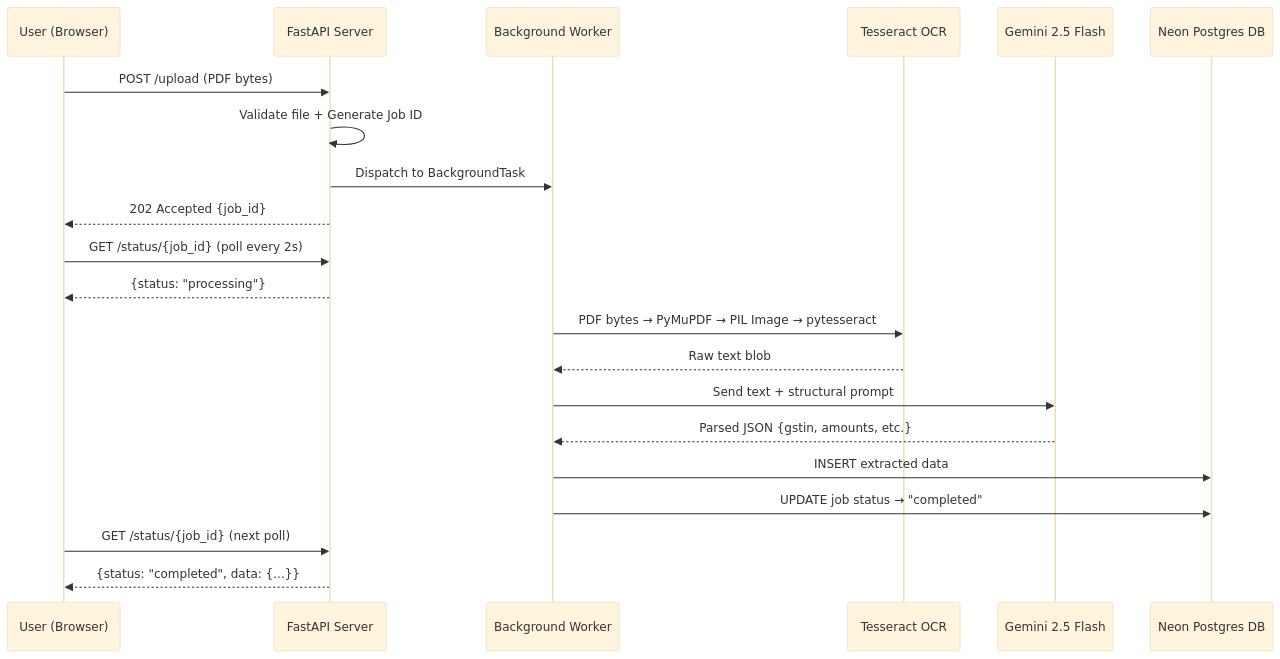
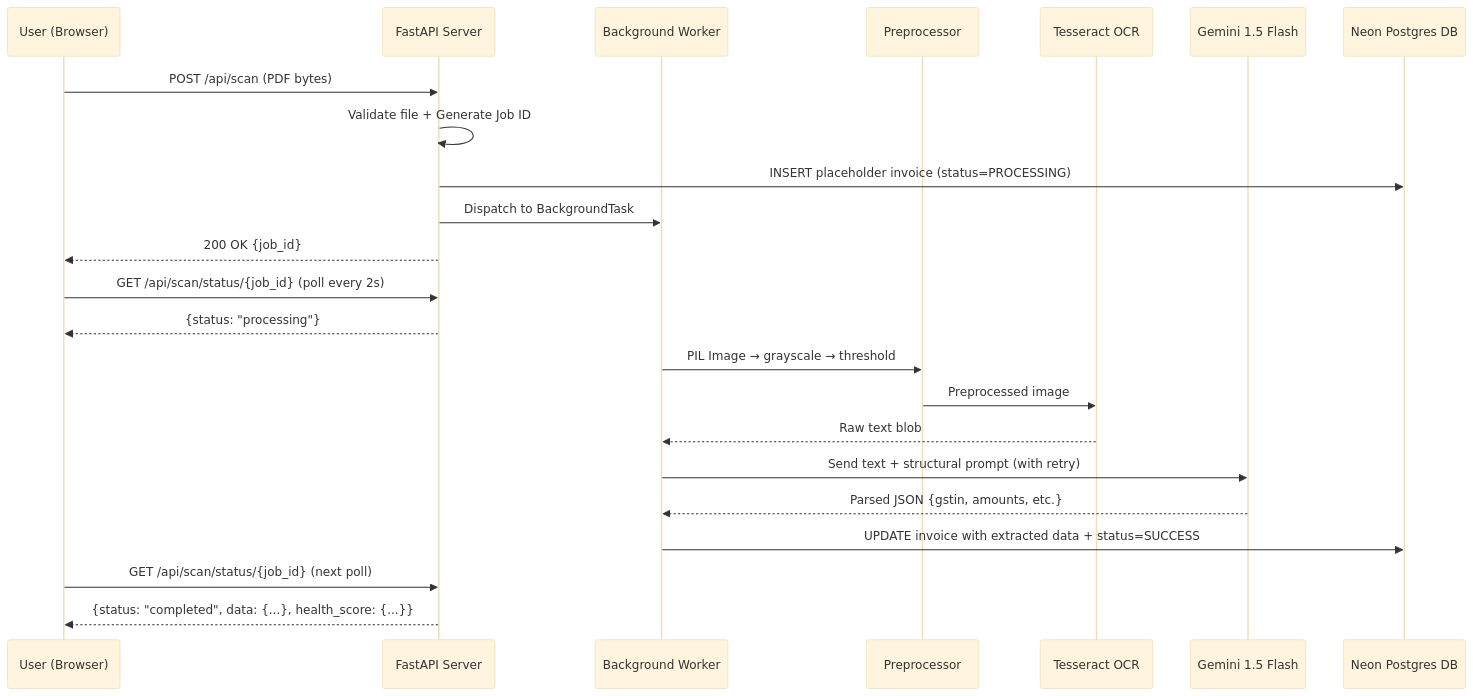
The third of 4 diagrams in ARCHITECTURE.md (VRCHAMPION/gst_invoice_scanner), drawn with Mermaid (base theme) before and after one commit. The commit also changed other lines of this file and 39 other files, not shown here.

````diff
--- a/ARCHITECTURE.md
+++ b/ARCHITECTURE.md
@@ -139,27 +148,29 @@
 ```mermaid
 sequenceDiagram
     participant U as User (Browser)
     participant A as FastAPI Server
     participant W as Background Worker
+    participant P as Preprocessor
     participant O as Tesseract OCR
-    participant L as Gemini 2.5 Flash
+    participant L as Gemini 1.5 Flash
     participant D as Neon Postgres DB
 
-    U->>A: POST /upload (PDF bytes)
+    U->>A: POST /api/scan (PDF bytes)
     A->>A: Validate file + Generate Job ID
+    A->>D: INSERT placeholder invoice (status=PROCESSING)
     A->>W: Dispatch to BackgroundTask
-    A-->>U: 202 Accepted {job_id}
+    A-->>U: 200 OK {job_id}
 
-    U->>A: GET /status/{job_id} (poll every 2s)
+    U->>A: GET /api/scan/status/{job_id} (poll every 2s)
     A-->>U: {status: "processing"}
 
-    W->>O: PDF bytes → PyMuPDF → PIL Image → pytesseract
+    W->>P: PIL Image → grayscale → threshold
+    P->>O: Preprocessed image
     O-->>W: Raw text blob
-    W->>L: Send text + structural prompt
+    W->>L: Send text + structural prompt (with retry)
     L-->>W: Parsed JSON {gstin, amounts, etc.}
-    W->>D: INSERT extracted data
-    W->>D: UPDATE job status → "completed"
+    W->>D: UPDATE invoice with extracted data + status=SUCCESS
 
-    U->>A: GET /status/{job_id} (next poll)
-    A-->>U: {status: "completed", data: {...}}
+    U->>A: GET /api/scan/status/{job_id} (next poll)
+    A-->>U: {status: "completed", data: {...}, health_score: {...}}
 ```
````
